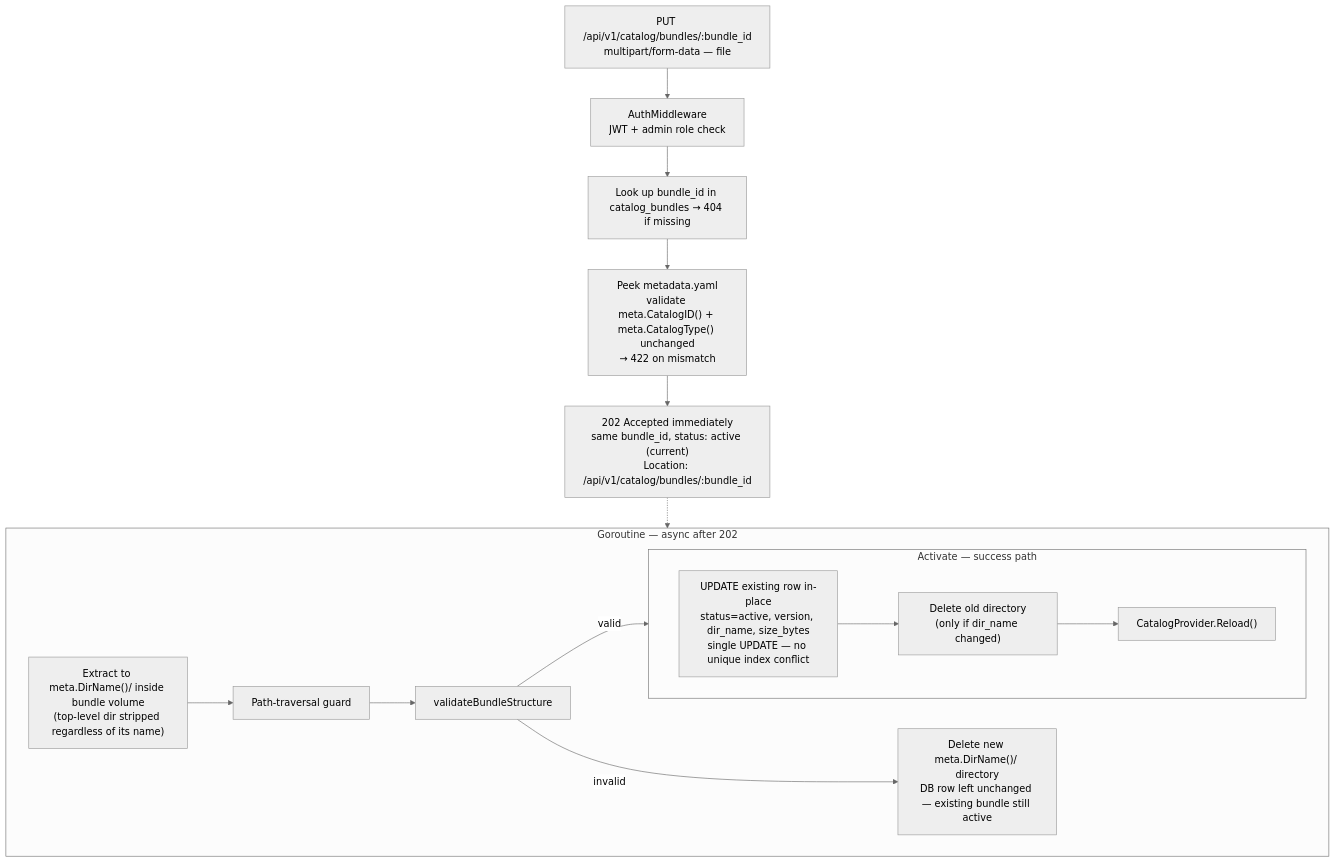
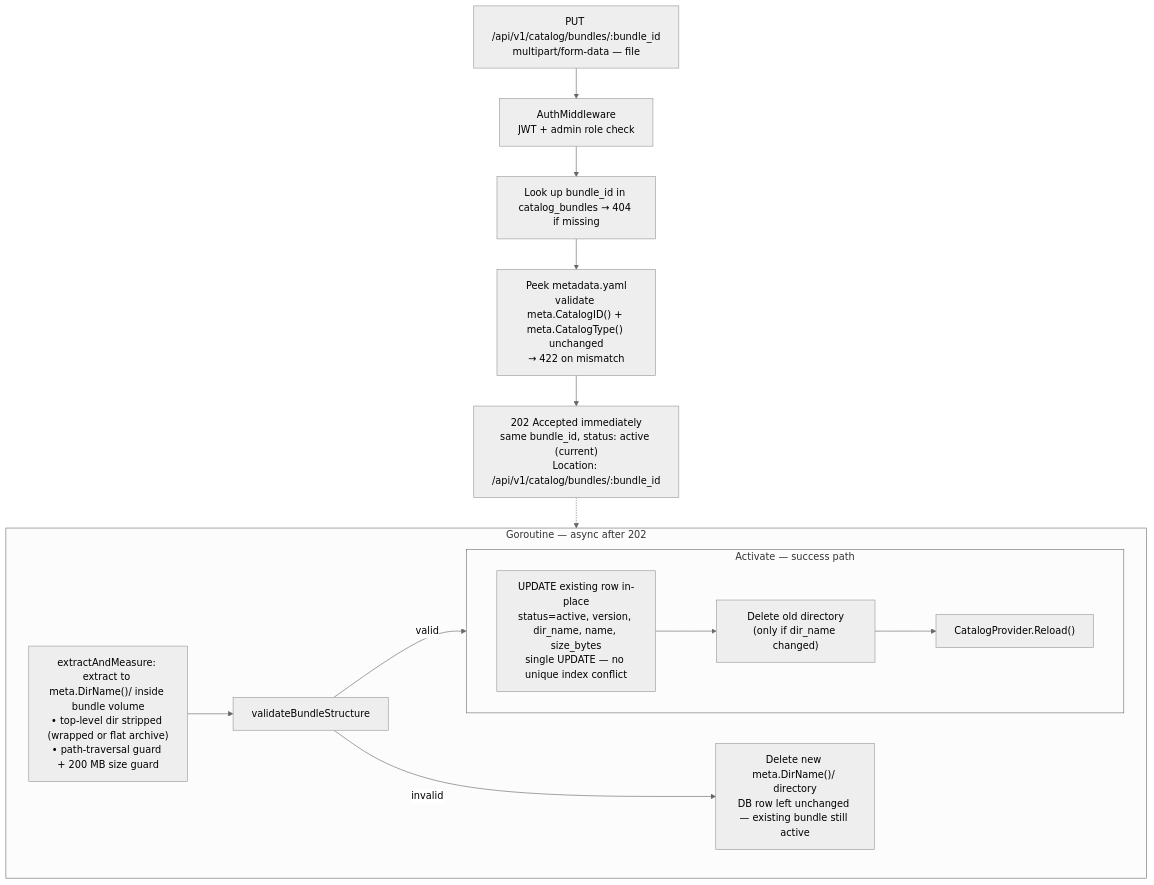
Before and after one commit to mayuka-c/project-ai-services: the third of 5 diagrams in ai-services/proposal.md, drawn with Mermaid (neutral theme). The commit also changed other lines of this file, not shown here.

````diff
--- a/ai-services/proposal.md
+++ b/ai-services/proposal.md
@@ -659,31 +667,30 @@
 ```mermaid
 flowchart TD
     REQ["PUT /api/v1/catalog/bundles/:bundle_id<br/>multipart/form-data — file"]
     AUTH["AuthMiddleware<br/>JWT + admin role check"]
     LOOKUP["Look up bundle_id in catalog_bundles → 404 if missing"]
     PEEK["Peek metadata.yaml<br/>validate meta.CatalogID() + meta.CatalogType() unchanged<br/>→ 422 on mismatch"]
     RESP["202 Accepted immediately<br/>same bundle_id, status: active (current)<br/>Location: /api/v1/catalog/bundles/:bundle_id"]
 
     subgraph ASYNC["Goroutine — async after 202"]
-        EXTRACT["Extract to meta.DirName()/ inside bundle volume<br/>(top-level dir stripped regardless of its name)"]
-        PATHGUARD["Path-traversal guard"]
+        EXTRACT["extractAndMeasure: extract to meta.DirName()/ inside bundle volume<br/>• top-level dir stripped (wrapped or flat archive)<br/>• path-traversal guard + 200 MB size guard"]
         VALIDATE["validateBundleStructure"]
 
         subgraph ACTIVATE["Activate — success path"]
             direction LR
-            DBUPDATE["UPDATE existing row in-place<br/>status=active, version, dir_name, size_bytes<br/>single UPDATE — no unique index conflict"]
+            DBUPDATE["UPDATE existing row in-place<br/>status=active, version, dir_name, name, size_bytes<br/>single UPDATE — no unique index conflict"]
             RMOLDDIR["Delete old directory<br/>(only if dir_name changed)"]
             RELOAD["CatalogProvider.Reload()"]
             DBUPDATE --> RMOLDDIR --> RELOAD
         end
 
         FAIL["Delete new meta.DirName()/ directory<br/>DB row left unchanged — existing bundle still active"]
 
-        EXTRACT --> PATHGUARD --> VALIDATE
+        EXTRACT --> VALIDATE
         VALIDATE -->|"valid"| ACTIVATE
         VALIDATE -->|"invalid"| FAIL
     end
 
     REQ --> AUTH --> LOOKUP --> PEEK --> RESP
     RESP -.-> ASYNC
 ```
````
